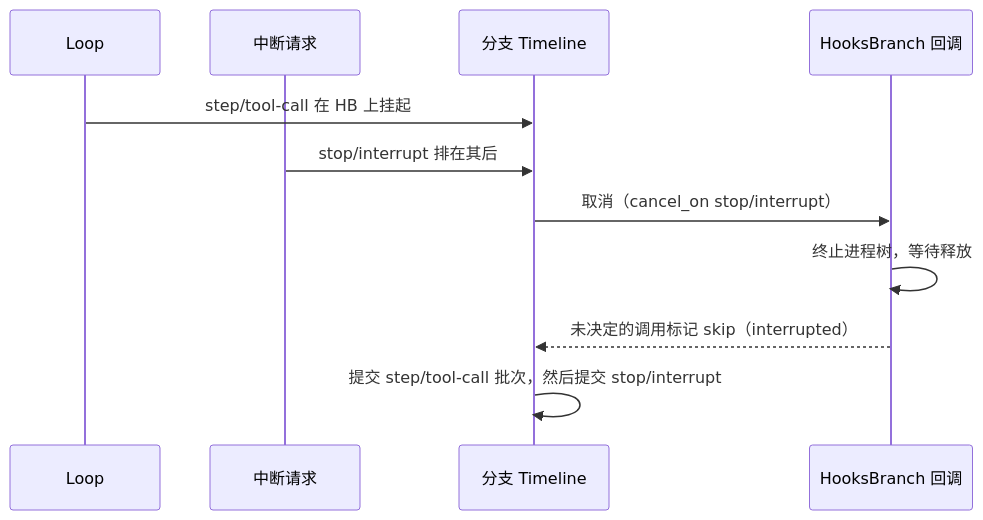
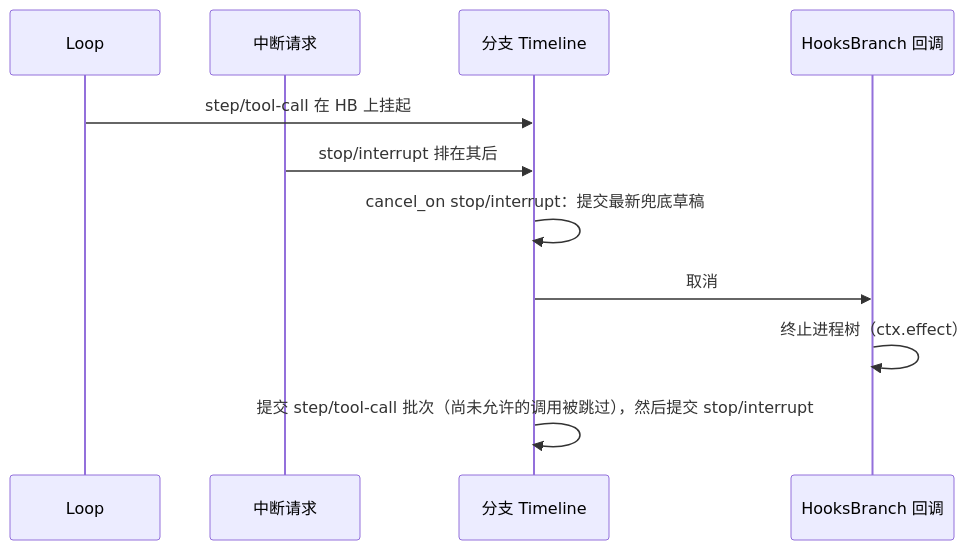
The seventh of 7 diagrams in docs/zh/design/plugins/Hooks.md (CoutinhoTTS/dim-agent), drawn with Mermaid before and after one commit. The commit also changed other lines of this file and 40 other files, not shown here.

````diff
--- a/docs/zh/design/plugins/Hooks.md
+++ b/docs/zh/design/plugins/Hooks.md
@@ -171,13 +169,13 @@
 ```mermaid
 sequenceDiagram
   participant LP as Loop
   participant U as 中断请求
   participant TL as 分支 Timeline
   participant HB as HooksBranch 回调
   LP->>TL: step/tool-call 在 HB 上挂起
   U->>TL: stop/interrupt 排在其后
-  TL->>HB: 取消（cancel_on stop/interrupt）
-  HB->>HB: 终止进程树，等待释放
-  HB-->>TL: 未决定的调用标记 skip（interrupted）
-  TL->>TL: 提交 step/tool-call 批次，然后提交 stop/interrupt
+  TL->>TL: cancel_on stop/interrupt：提交最新兜底草稿
+  TL->>HB: 取消
+  HB->>HB: 终止进程树（ctx.effect）
+  TL->>TL: 提交 step/tool-call 批次（尚未允许的调用被跳过），然后提交 stop/interrupt
 ```
````
